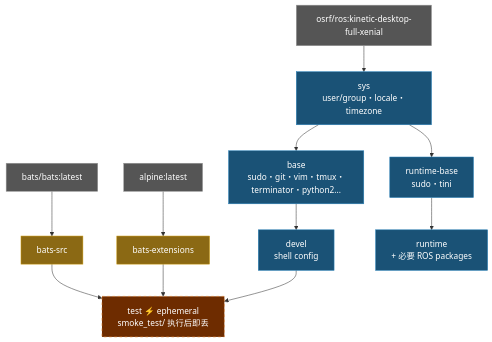
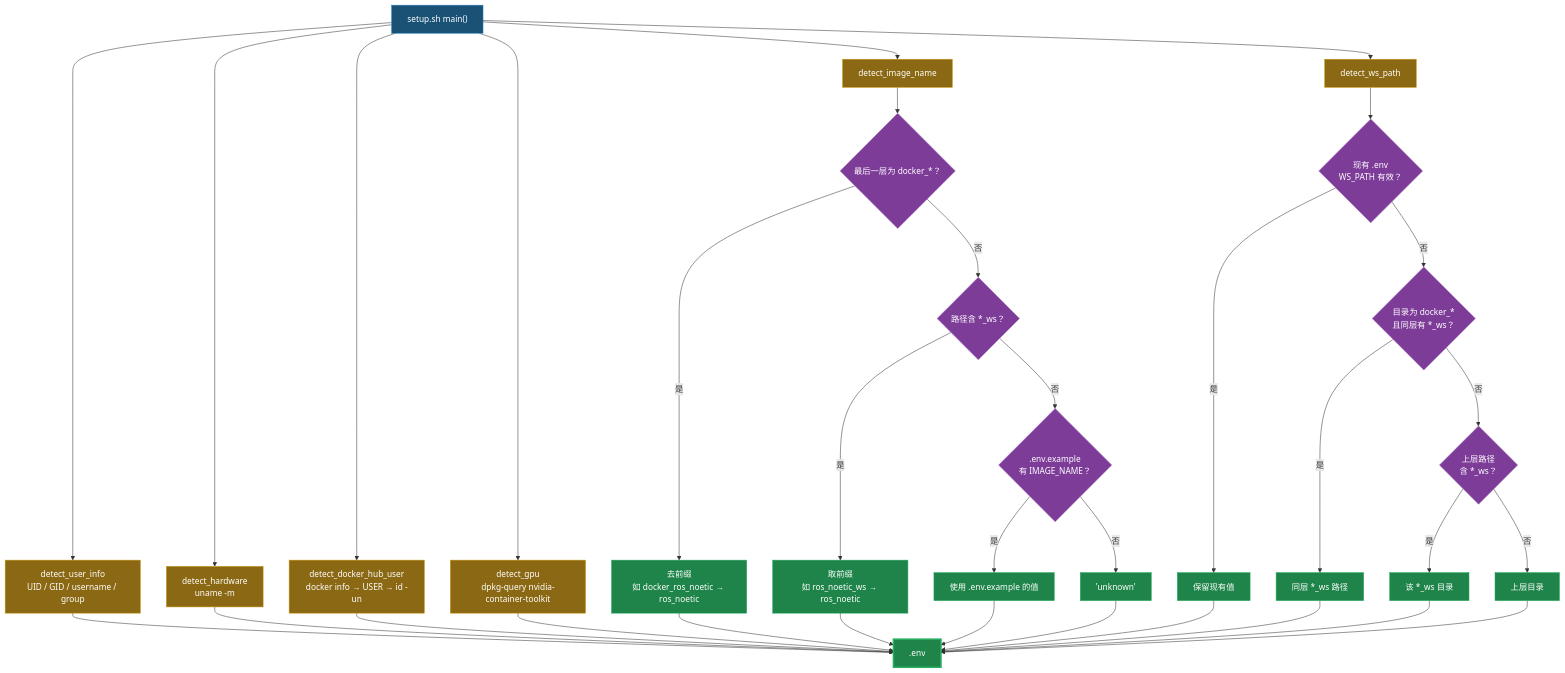
One commit to ycpss91255-docker/osrf_ros_kinetic changed the first of 2 diagrams in doc/README.zh-CN.md. Above: the diagram before and after it, drawn with Mermaid. The commit also changed other lines of this file and 47 other files, not shown here.

First line of the commit message:
Squashed 'docker_setup_helper/' changes from ea8a994..4e7b249

````diff
--- a/doc/README.zh-CN.md
+++ b/doc/README.zh-CN.md
@@ -235,26 +272,46 @@
 ```mermaid
 graph TD
-    EXT1["bats/bats:latest"]:::external
-    EXT2["alpine:latest"]:::external
-    EXT3["osrf/ros:kinetic-desktop-full-xenial"]:::external
+    A["setup.sh main()"]:::entry
 
-    EXT1 --> bats-src["bats-src"]:::tool
-    EXT2 --> bats-ext["bats-extensions"]:::tool
+    A --> B["detect_user_info\nUID / GID / username / group"]:::detect
+    A --> C["detect_hardware\nuname -m"]:::detect
+    A --> D["detect_docker_hub_user\ndocker info → USER → id -un"]:::detect
+    A --> E["detect_gpu\ndpkg-query nvidia-container-toolkit"]:::detect
+    A --> F["detect_image_name"]:::detect
+    A --> G["detect_ws_path"]:::detect
 
-    EXT3 --> sys["sys\nuser/group・locale・timezone"]:::stage
+    F --> F1{"最后一层为 docker_*？"}:::decision
+    F1 -- "是" --> F1R["去前缀\n如 docker_ros_noetic → ros_noetic"]:::result
+    F1 -- "否" --> F2{"路径含 *_ws？"}:::decision
+    F2 -- "是" --> F2R["取前缀\n如 ros_noetic_ws → ros_noetic"]:::result
+    F2 -- "否" --> F3{".env.example\n有 IMAGE_NAME？"}:::decision
+    F3 -- "是" --> F3R["使用 .env.example 的值"]:::result
+    F3 -- "否" --> F4R["'unknown'"]:::result
 
-    sys --> base["base\nsudo・git・vim・tmux・terminator・python2..."]:::stage
-    base --> devel["devel\nshell config"]:::stage
+    G --> G0{"现有 .env\nWS_PATH 有效？"}:::decision
+    G0 -- "是" --> G0R["保留现有值"]:::result
+    G0 -- "否" --> G1{"目录为 docker_*\n且同层有 *_ws？"}:::decision
+    G1 -- "是" --> G1R["同层 *_ws 路径"]:::result
+    G1 -- "否" --> G2{"上层路径\n含 *_ws？"}:::decision
+    G2 -- "是" --> G2R["该 *_ws 目录"]:::result
+    G2 -- "否" --> G3R["上层目录"]:::result
 
-    bats-src --> test["test  ⚡ ephemeral\nsmoke_test/ 执行后即丢"]:::ephemeral
-    bats-ext --> test
-    devel --> test
+    B --> H[".env"]:::output
+    C --> H
+    D --> H
+    E --> H
+    F1R --> H
+    F2R --> H
+    F3R --> H
+    F4R --> H
+    G0R --> H
+    G1R --> H
+    G2R --> H
+    G3R --> H
 
-    sys --> runtime-base["runtime-base\nsudo・tini"]:::stage
-    runtime-base --> runtime["runtime\n+ 必要 ROS packages"]:::stage
-
-    classDef external fill:#555,color:#fff,stroke:#999
-    classDef tool fill:#8B6914,color:#fff,stroke:#c8960c
-    classDef stage fill:#1a5276,color:#fff,stroke:#2980b9
-    classDef ephemeral fill:#6e2c00,color:#fff,stroke:#e67e22,stroke-dasharray:5 5
+    classDef entry fill:#1a5276,color:#fff,stroke:#2980b9
+    classDef detect fill:#8B6914,color:#fff,stroke:#c8960c
+    classDef decision fill:#7d3c98,color:#fff,stroke:#a569bd
+    classDef result fill:#1e8449,color:#fff,stroke:#27ae60
+    classDef output fill:#1e8449,color:#fff,stroke:#27ae60,stroke-width:3px
 ```
````
